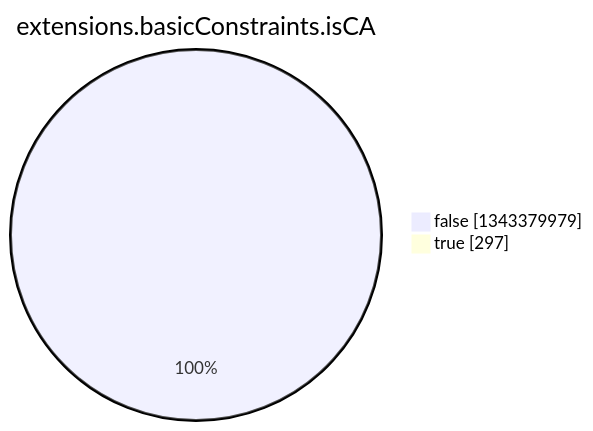
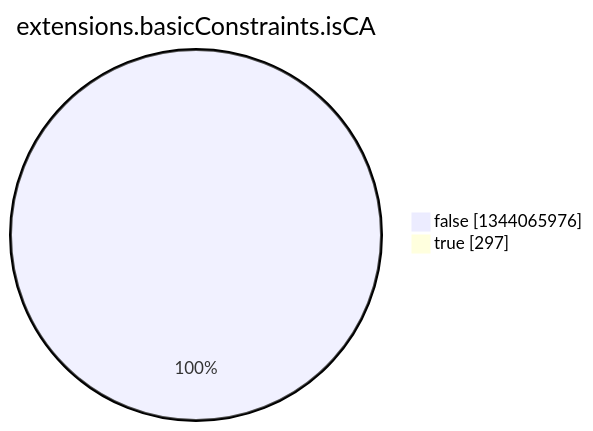
The eighth of 15 diagrams in argon2022/README.md (christiankrug/ctmonitor_visualization), drawn with Mermaid before and after one commit. The commit also changed other lines of this file, not shown here.

````diff
--- a/argon2022/README.md
+++ b/argon2022/README.md
@@ -2758,6 +2758,6 @@
 ```mermaid
 pie showData
 title extensions.basicConstraints.isCA
-"false" :1343379979
+"false" :1344065976
 "true" :297
 ```
````
